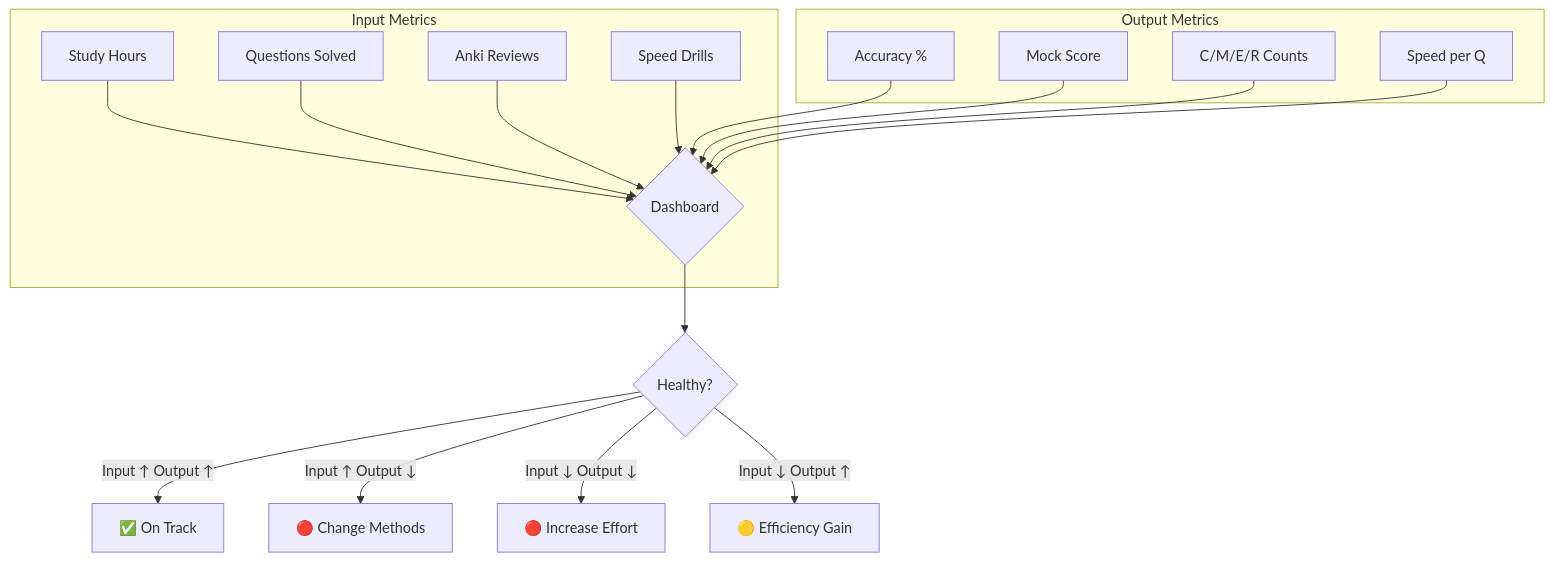
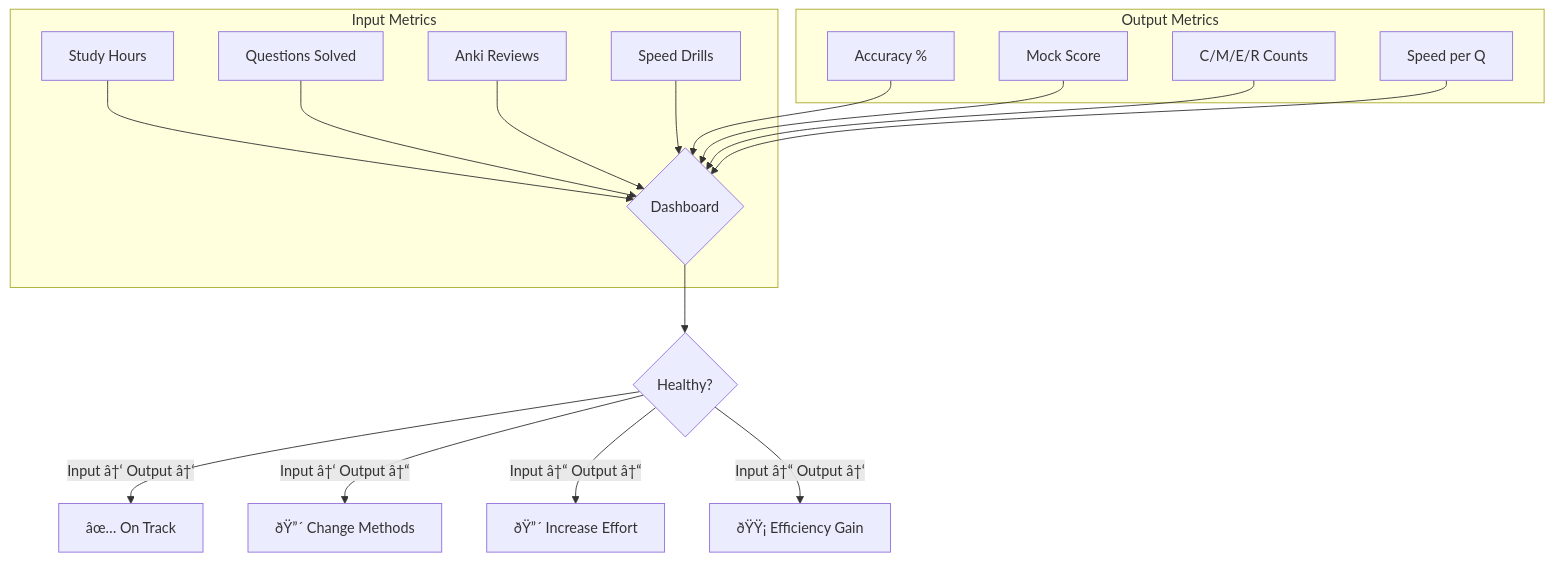
One commit to Raushan666java/ai-engineering-journey changed the fourth of 9 diagrams in docs/courses/learning-how-to-learn/ch-16-self-assessment-strategy.md. Above: the diagram before and after it, drawn with Mermaid. The commit also changed other lines of this file and 735 other files, not shown here.

````diff
--- a/docs/courses/learning-how-to-learn/ch-16-self-assessment-strategy.md
+++ b/docs/courses/learning-how-to-learn/ch-16-self-assessment-strategy.md
@@ -537,22 +537,22 @@
 ```mermaid
 flowchart TD
     subgraph "Input Metrics"
         A[Study Hours] --> E{Dashboard}
         B[Questions Solved] --> E
         C[Anki Reviews] --> E
         D[Speed Drills] --> E
     end
     
     subgraph "Output Metrics"
         F[Accuracy %] --> E
         G[Mock Score] --> E
         H[C/M/E/R Counts] --> E
         I[Speed per Q] --> E
     end
     
     E --> J{Healthy?}
-    J -->|Input ↑ Output ↑| K[✅ On Track]
-    J -->|Input ↑ Output ↓| L[🔴 Change Methods]
-    J -->|Input ↓ Output ↓| M[🔴 Increase Effort]
-    J -->|Input ↓ Output ↑| N[🟡 Efficiency Gain]
+    J -->|Input â†‘ Output â†‘| K[âœ… On Track]
+    J -->|Input â†‘ Output â†“| L[ðŸ”´ Change Methods]
+    J -->|Input â†“ Output â†“| M[ðŸ”´ Increase Effort]
+    J -->|Input â†“ Output â†‘| N[ðŸŸ¡ Efficiency Gain]
 ```
````
